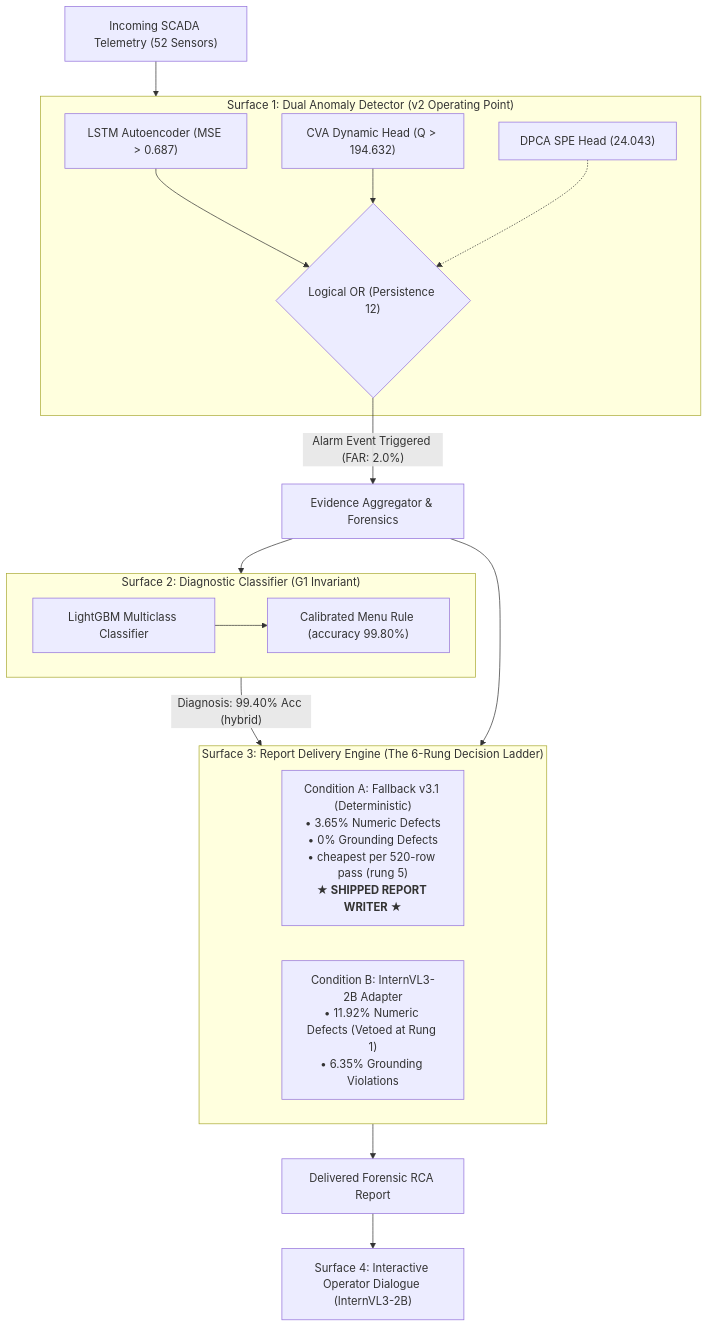
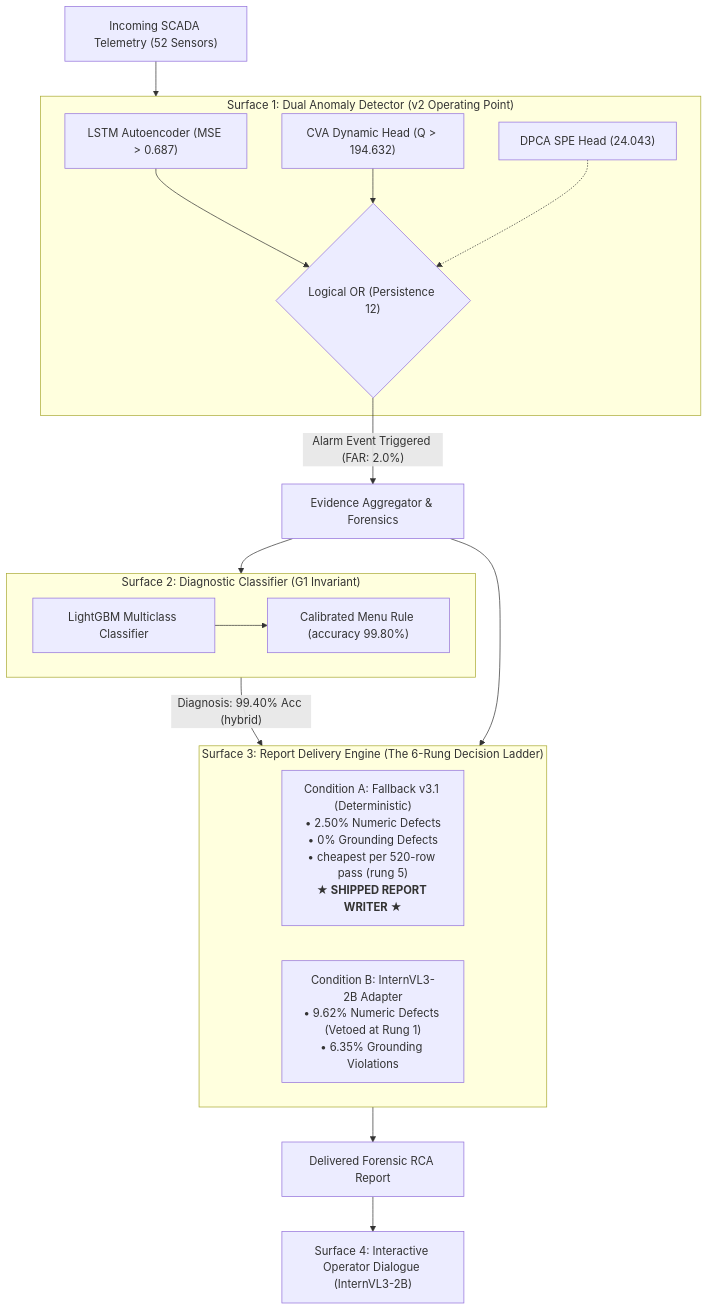
One commit to git-push-kar/C68-Anomaly changed the diagram in docs/reports/BENCHMARK_ACHIEVED_METRICS_REPORT.md. Above: the diagram before and after it, drawn with Mermaid. The commit also changed other lines of this file and 7 other files, not shown here.

````diff
--- a/docs/reports/BENCHMARK_ACHIEVED_METRICS_REPORT.md
+++ b/docs/reports/BENCHMARK_ACHIEVED_METRICS_REPORT.md
@@ -24,34 +24,34 @@
 ```mermaid
 flowchart TD
     SCADA["Incoming SCADA Telemetry (52 Sensors)"] --> Detectors
     
     subgraph Detectors["Surface 1: Dual Anomaly Detector (v2 Operating Point)"]
         LSTM["LSTM Autoencoder (MSE > 0.687)"]
         CVA["CVA Dynamic Head (Q > 194.632)"]
         DPCA["DPCA SPE Head (24.043)"]
         Fuse{"Logical OR (Persistence 12)"}
         LSTM --> Fuse
         CVA --> Fuse
         DPCA -.-> Fuse
     end
     
     Fuse -->|"Alarm Event Triggered (FAR: 2.0%)"| Evidence["Evidence Aggregator & Forensics"]
     
     subgraph Diagnosis["Surface 2: Diagnostic Classifier (G1 Invariant)"]
         LightGBM["LightGBM Multiclass Classifier"]
         MenuRule["Calibrated Menu Rule (accuracy 99.80%)"]
         LightGBM --> MenuRule
     end
     
     Evidence --> Diagnosis
     Diagnosis -->|"Diagnosis: 99.40% Acc (hybrid)"| Delivery
     Evidence --> Delivery
     
     subgraph Delivery["Surface 3: Report Delivery Engine (The 6-Rung Decision Ladder)"]
-        CondA["Condition A: Fallback v3.1 (Deterministic)<br>• 3.65% Numeric Defects<br>• 0% Grounding Defects<br>• cheapest per 520-row pass (rung 5)<br><b>★ SHIPPED REPORT WRITER ★</b>"]
-        CondB["Condition B: InternVL3-2B Adapter<br>• 11.92% Numeric Defects (Vetoed at Rung 1)<br>• 6.35% Grounding Violations"]
+        CondA["Condition A: Fallback v3.1 (Deterministic)<br>• 2.50% Numeric Defects<br>• 0% Grounding Defects<br>• cheapest per 520-row pass (rung 5)<br><b>★ SHIPPED REPORT WRITER ★</b>"]
+        CondB["Condition B: InternVL3-2B Adapter<br>• 9.62% Numeric Defects (Vetoed at Rung 1)<br>• 6.35% Grounding Violations"]
     end
     
     Delivery --> OutputReport["Delivered Forensic RCA Report"]
     OutputReport --> InteractiveDialogue["Surface 4: Interactive Operator Dialogue (InternVL3-2B)"]
 ```
````
